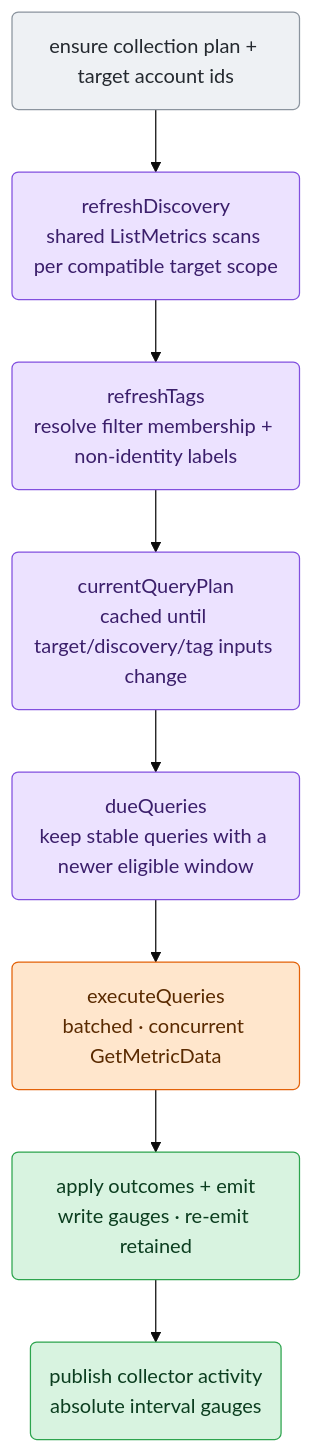
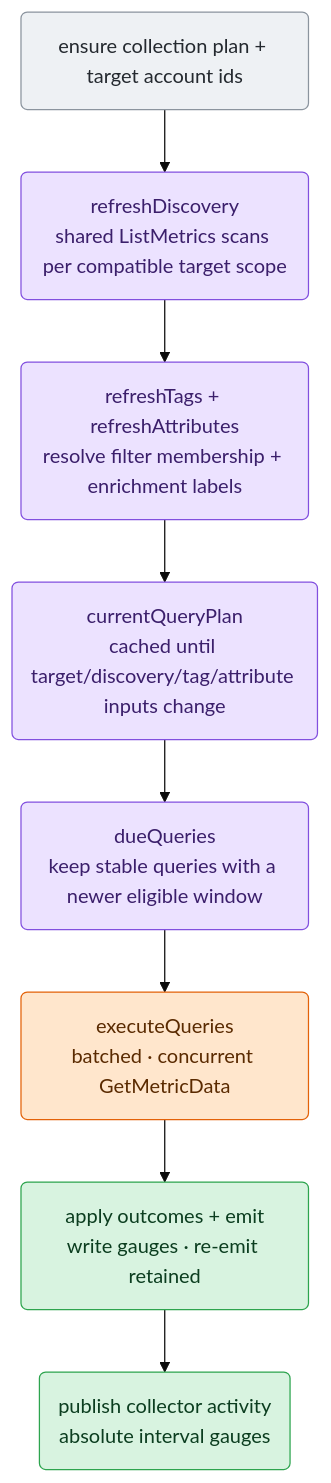
One commit to netdata/netdata changed the third of 3 diagrams in src/go/plugin/go.d/collector/cloudwatch/ARCHITECTURE.md. Above: the diagram before and after it, drawn with Mermaid (base theme). The commit also changed other lines of this file and 28 other files, not shown here.

````diff
--- a/src/go/plugin/go.d/collector/cloudwatch/ARCHITECTURE.md
+++ b/src/go/plugin/go.d/collector/cloudwatch/ARCHITECTURE.md
@@ -134,23 +143,23 @@
 ```mermaid
 flowchart TD
     A("ensure collection plan + target account ids")
     B("refreshDiscovery<br/>shared ListMetrics scans per compatible target scope")
-    C("refreshTags<br/>resolve filter membership + non-identity labels")
-    D("currentQueryPlan<br/>cached until target/discovery/tag inputs change")
+    C("refreshTags + refreshAttributes<br/>resolve filter membership + enrichment labels")
+    D("currentQueryPlan<br/>cached until target/discovery/tag/attribute inputs change")
     E("dueQueries<br/>keep stable queries with a newer eligible window")
     F("executeQueries<br/>batched · concurrent GetMetricData")
     G("apply outcomes + emit<br/>write gauges · re-emit retained")
     H("publish collector activity<br/>absolute interval gauges")
 
     A --> B --> C --> D --> E --> F --> G --> H
 
     classDef input fill:#eef1f4,stroke:#8b949e,color:#24292f;
     classDef sched fill:#ece2ff,stroke:#8250df,color:#3b1f6b;
     classDef effect fill:#ffe6cc,stroke:#e36209,color:#5a2a00;
     classDef commit fill:#d8f3e0,stroke:#2da44e,color:#0b3d1f;
 
     class A input
     class B,C,D,E sched
     class F effect
     class G,H commit
 ```
````
